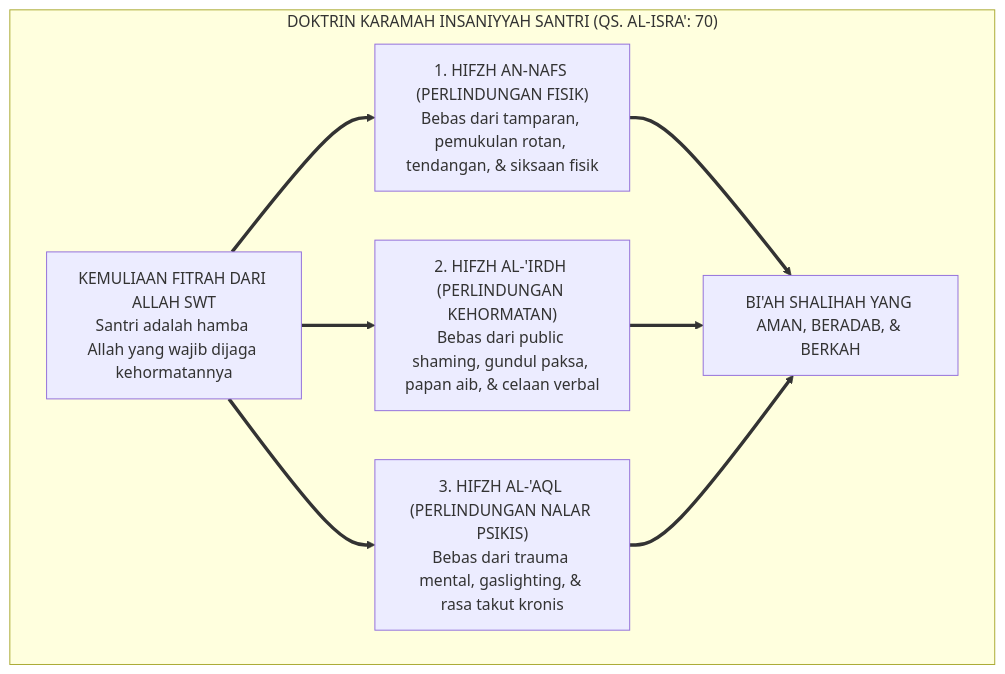
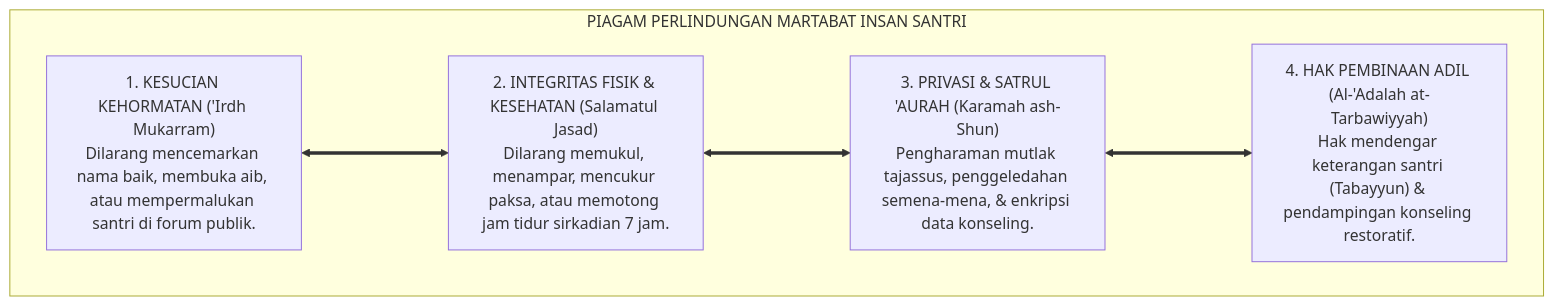
The second of 3 diagrams in 02 Principles/01 Core Principles/P2-01-02-Prinsip-Kemuliaan-Fitrah-dan-Martabat-Insan.md (wandiapriliyandi/tumbuh), drawn with Mermaid before and after one commit. The commit also changed other lines of this file and 7 other files, not shown here.

````diff
--- a/02 Principles/01 Core Principles/P2-01-02-Prinsip-Kemuliaan-Fitrah-dan-Martabat-Insan.md
+++ b/02 Principles/01 Core Principles/P2-01-02-Prinsip-Kemuliaan-Fitrah-dan-Martabat-Insan.md
@@ -60,12 +121,15 @@
 ```mermaid
 flowchart TD
-    subgraph FondasiKaramahInsaniyyah["DOKTRIN KARAMAH INSANIYYAH SANTRI (QS. AL-ISRA': 70)"]
-        Akar["KEMULIAAN FITRAH DARI ALLAH SWT<br/>Santri adalah hamba Allah yang wajib dijaga kehormatannya"]
+    subgraph PiagamMartabatSantriTUMBUH["PIAGAM PERLINDUNGAN MARTABAT INSAN SANTRI"]
         
-        Akar ==> H1["1. HIFZH AN-NAFS (PERLINDUNGAN FISIK)<br/>Bebas dari tamparan, pemukulan rotan, tendangan, & siksaan fisik"]
-        Akar ==> H2["2. HIFZH AL-'IRDH (PERLINDUNGAN KEHORMATAN)<br/>Bebas dari public shaming, gundul paksa, papan aib, & celaan verbal"]
-        Akar ==> H3["3. HIFZH AL-'AQL (PERLINDUNGAN NALAR PSIKIS)<br/>Bebas dari trauma mental, gaslighting, & rasa takut kronis"]
+        P_K1["1. KESUCIAN KEHORMATAN ('Irdh Mukarram)<br/>Dilarang mencemarkan nama baik, membuka aib, atau mempermalukan santri di forum publik."]
         
-        H1 & H2 & H3 ==> OutputIklim["BI'AH SHALIHAH YANG AMAN, BERADAB, & BERKAH"]
+        P_K2["2. INTEGRITAS FISIK & KESEHATAN (Salamatul Jasad)<br/>Dilarang memukul, menampar, mencukur paksa, atau memotong jam tidur sirkadian 7 jam."]
+        
+        P_K3["3. PRIVASI & SATRUL 'AURAH (Karamah ash-Shun)<br/>Pengharaman mutlak tajassus, penggeledahan semena-mena, & enkripsi data konseling."]
+        
+        P_K4["4. HAK PEMBINAAN ADIL (Al-'Adalah at-Tarbawiyyah)<br/>Hak mendengar keterangan santri (Tabayyun) & pendampingan konseling restoratif."]
+        
+        P_K1 <===> P_K2 <===> P_K3 <===> P_K4
     end
 ```
````
